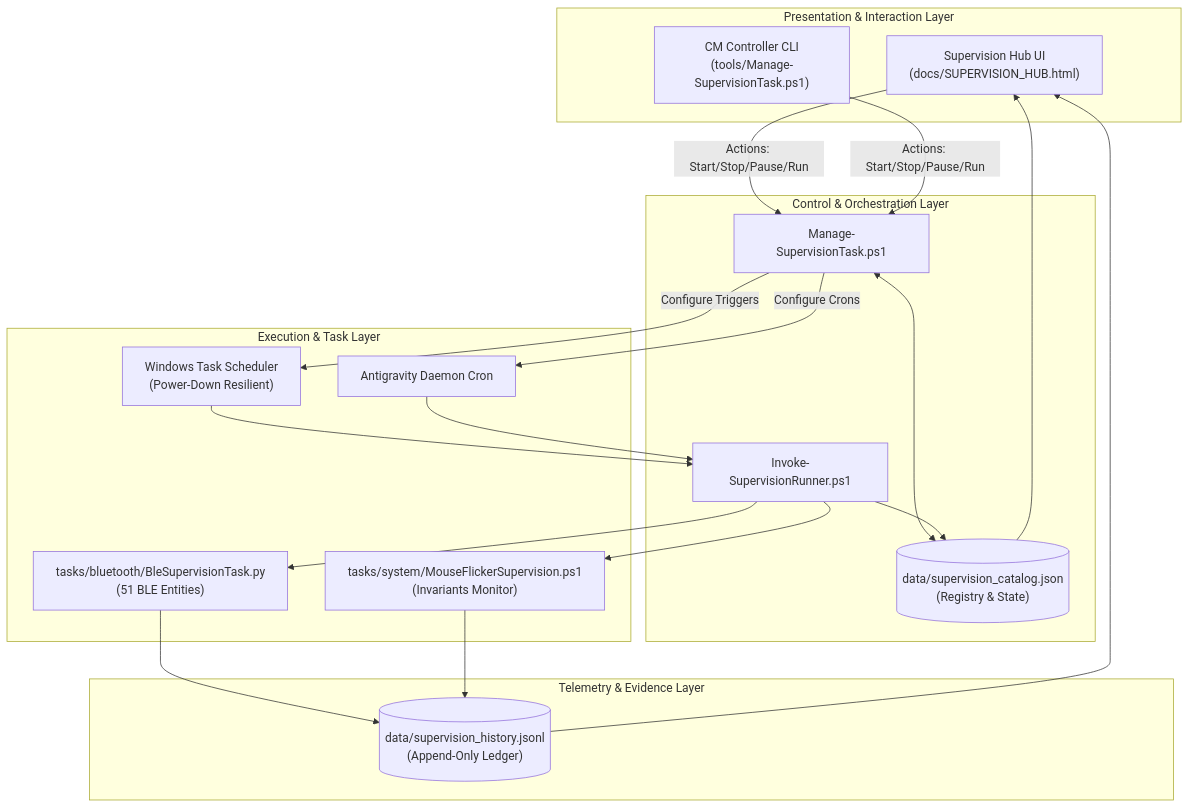
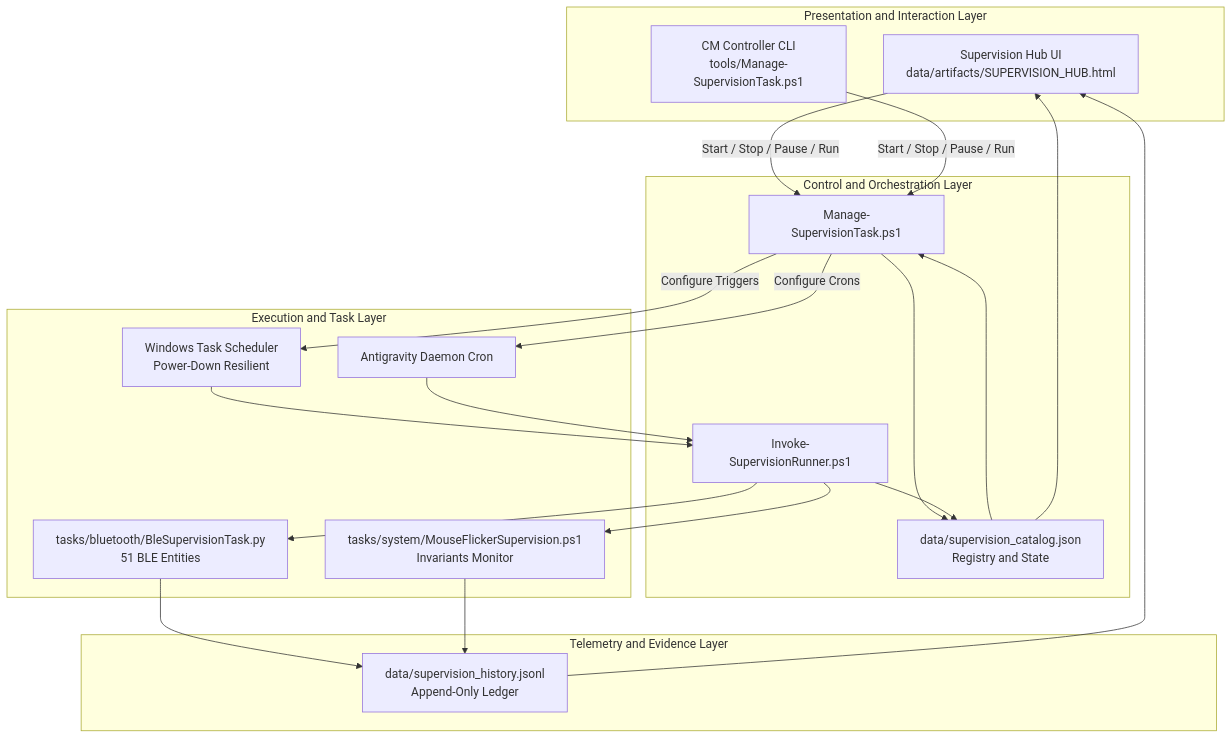
One commit to rgbigel/LCM_Supervision changed the diagram in docs/Architecture.md. Above: the diagram before and after it, drawn with Mermaid. The commit also changed other lines of this file and 2 other files, not shown here.

Commit message:
docs: align tripartite specifications, Mermaid diagrams, and tool help flags to LCM Baseline v7.0.0

````diff
--- a/docs/Architecture.md
+++ b/docs/Architecture.md
@@ -14,42 +15,43 @@
 ```mermaid
 graph TB
-    subgraph UI_Layer ["Presentation & Interaction Layer"]
-        HUB["Supervision Hub UI<br/>(docs/SUPERVISION_HUB.html)"]
-        CLI["CM Controller CLI<br/>(tools/Manage-SupervisionTask.ps1)"]
+    subgraph UI_Layer["Presentation and Interaction Layer"]
+        HUB["Supervision Hub UI<br/>data/artifacts/SUPERVISION_HUB.html"]
+        CLI["CM Controller CLI<br/>tools/Manage-SupervisionTask.ps1"]
     end
 
-    subgraph Control_Layer ["Control & Orchestration Layer"]
+    subgraph Control_Layer["Control and Orchestration Layer"]
         MGR["Manage-SupervisionTask.ps1"]
         DISPATCH["Invoke-SupervisionRunner.ps1"]
-        CATALOG[("data/supervision_catalog.json<br/>(Registry & State)")]
+        CATALOG["data/supervision_catalog.json<br/>Registry and State"]
     end
 
-    subgraph Execution_Layer ["Execution & Task Layer"]
-        OS_SCHED["Windows Task Scheduler<br/>(Power-Down Resilient)"]
+    subgraph Execution_Layer["Execution and Task Layer"]
+        OS_SCHED["Windows Task Scheduler<br/>Power-Down Resilient"]
         IDE_CRON["Antigravity Daemon Cron"]
         
-        TASK_BLE["tasks/bluetooth/BleSupervisionTask.py<br/>(51 BLE Entities)"]
-        TASK_SYS["tasks/system/MouseFlickerSupervision.ps1<br/>(Invariants Monitor)"]
+        TASK_BLE["tasks/bluetooth/BleSupervisionTask.py<br/>51 BLE Entities"]
+        TASK_SYS["tasks/system/MouseFlickerSupervision.ps1<br/>Invariants Monitor"]
     end
 
-    subgraph Data_Layer ["Telemetry & Evidence Layer"]
-        HIST[("data/supervision_history.jsonl<br/>(Append-Only Ledger)")]
+    subgraph Data_Layer["Telemetry and Evidence Layer"]
+        HIST["data/supervision_history.jsonl<br/>Append-Only Ledger"]
     end
 
-    HUB -->|Actions: Start/Stop/Pause/Run| MGR
-    CLI -->|Actions: Start/Stop/Pause/Run| MGR
-    MGR <--> CATALOG
-    MGR -->|Configure Triggers| OS_SCHED
-    MGR -->|Configure Crons| IDE_CRON
+    HUB -->|"Start / Stop / Pause / Run"| MGR
+    CLI -->|"Start / Stop / Pause / Run"| MGR
+    MGR --> CATALOG
+    CATALOG --> MGR
+    MGR -->|"Configure Triggers"| OS_SCHED
+    MGR -->|"Configure Crons"| IDE_CRON
 
     OS_SCHED --> DISPATCH
     IDE_CRON --> DISPATCH
     DISPATCH --> CATALOG
     DISPATCH --> TASK_BLE
     DISPATCH --> TASK_SYS
 
     TASK_BLE --> HIST
     TASK_SYS --> HIST
     HIST --> HUB
     CATALOG --> HUB
 ```
````
